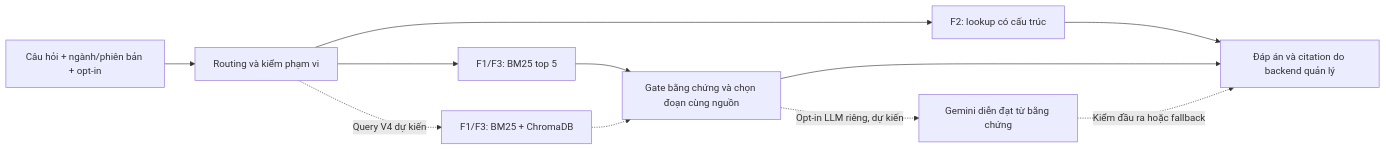
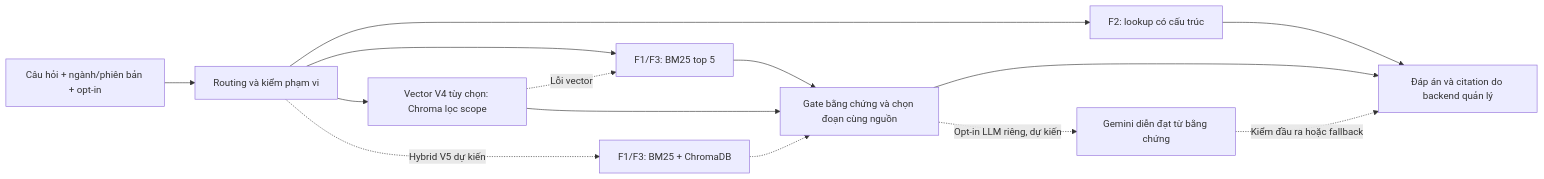
The diagram in docs/RAG_PROGRESS_AND_NEXT_PLAN.md (5-Bit-System/SE_Project), drawn with Mermaid before and after one commit. The commit also changed other lines of this file and 3 other files, not shown here.

````diff
--- a/docs/RAG_PROGRESS_AND_NEXT_PLAN.md
+++ b/docs/RAG_PROGRESS_AND_NEXT_PLAN.md
@@ -11,13 +13,16 @@
 ```mermaid
 flowchart LR
     U[Câu hỏi + ngành/phiên bản + opt-in] --> R[Routing và kiểm phạm vi]
     R --> F2[F2: lookup có cấu trúc]
     F2 --> A[Đáp án và citation do backend quản lý]
     R --> B[F1/F3: BM25 top 5]
     B --> G[Gate bằng chứng và chọn đoạn cùng nguồn]
     G --> A
-    R -. Query V4 dự kiến .-> H[F1/F3: BM25 + ChromaDB]
+    R --> V[Vector V4 tùy chọn: Chroma lọc scope]
+    V --> G
+    V -. Lỗi vector .-> B
+    R -. Hybrid V5 dự kiến .-> H[F1/F3: BM25 + ChromaDB]
     H -.-> G
     G -. Opt-in LLM riêng, dự kiến .-> L[Gemini diễn đạt từ bằng chứng]
     L -. Kiểm đầu ra hoặc fallback .-> A
 ```
````
